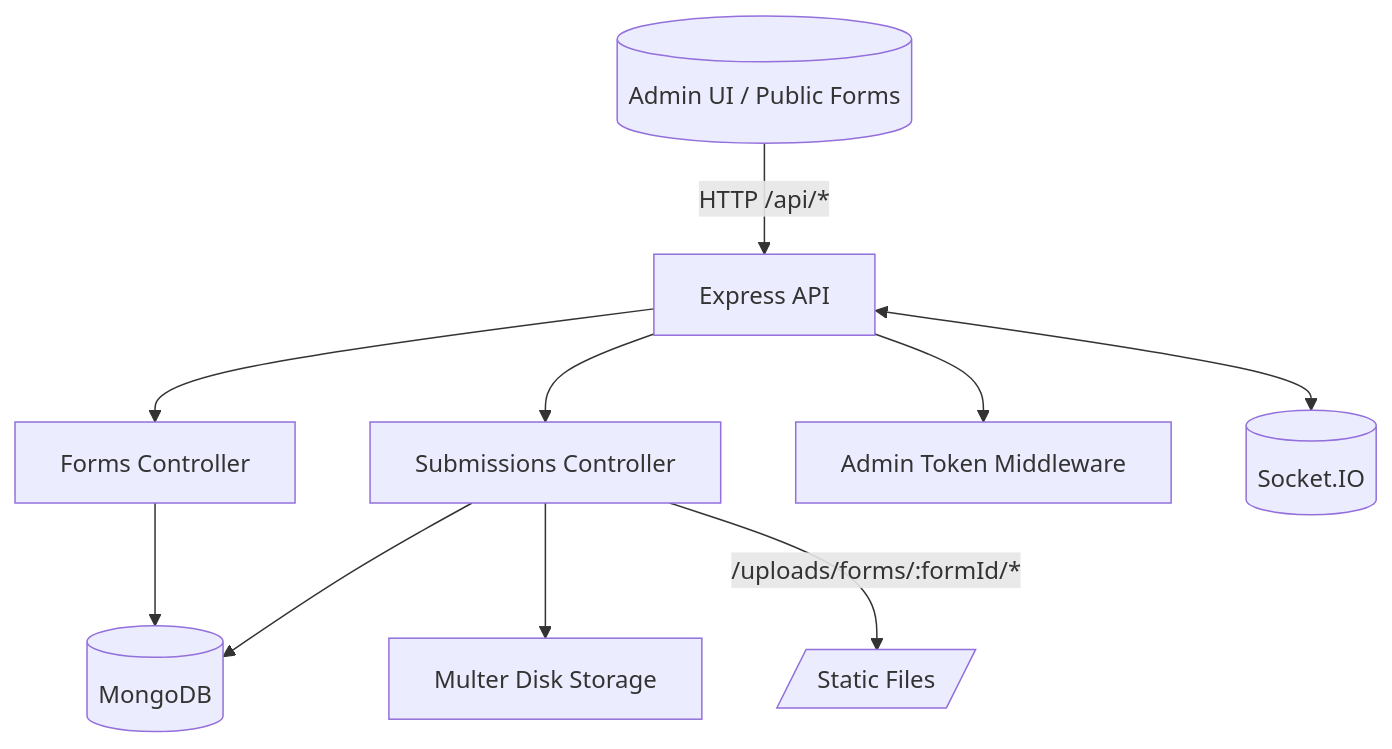
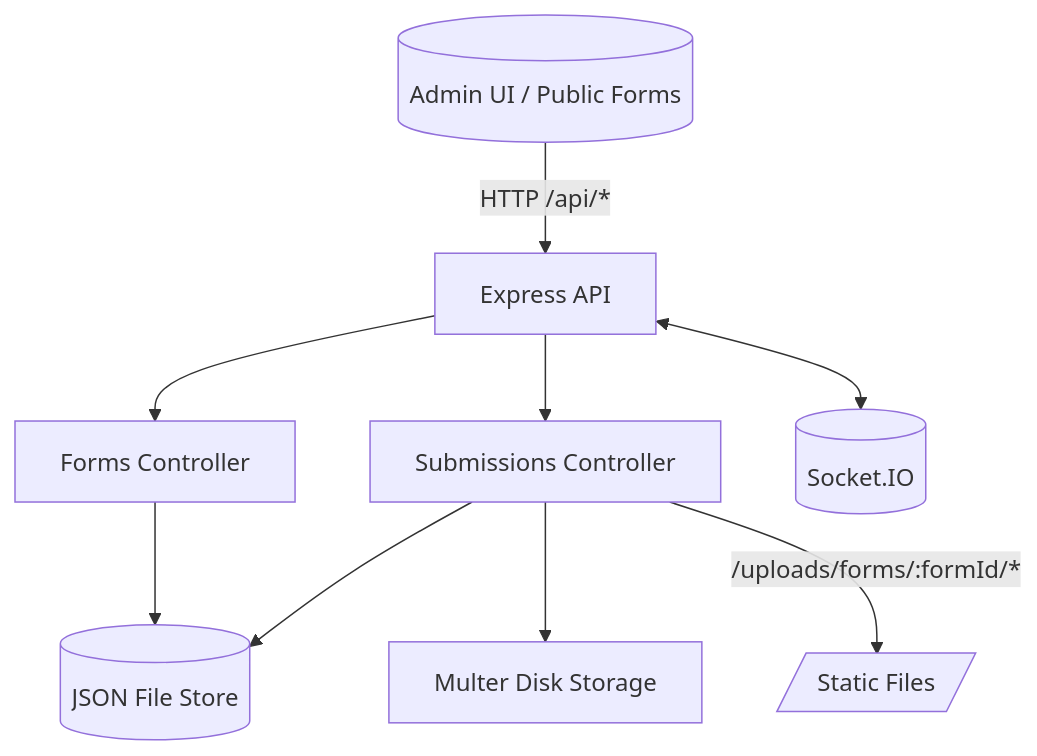
One commit to Anabil-Baruah/dynamic-form-builder changed the diagram in backend/README.md. Above: the diagram before and after it, drawn with Mermaid. The commit also changed other lines of this file and 3 other files, not shown here.

````diff
--- a/backend/README.md
+++ b/backend/README.md
@@ -7,12 +7,11 @@
 ```mermaid
 flowchart TB
   Client[(Admin UI / Public Forms)] -->|HTTP /api/*| API[Express API]
   API --> Forms[Forms Controller]
   API --> Subs[Submissions Controller]
-  API --> Auth[Admin Token Middleware]
   Subs --> Multer[Multer Disk Storage]
   API <--> WS[(Socket.IO)]
-  Forms --> DB[(MongoDB)]
-  Subs --> DB
+  Forms --> JSON[(JSON File Store)]
+  Subs --> JSON
   Subs -->|/uploads/forms/:formId/*| Static[/Static Files/]
 ```
````
